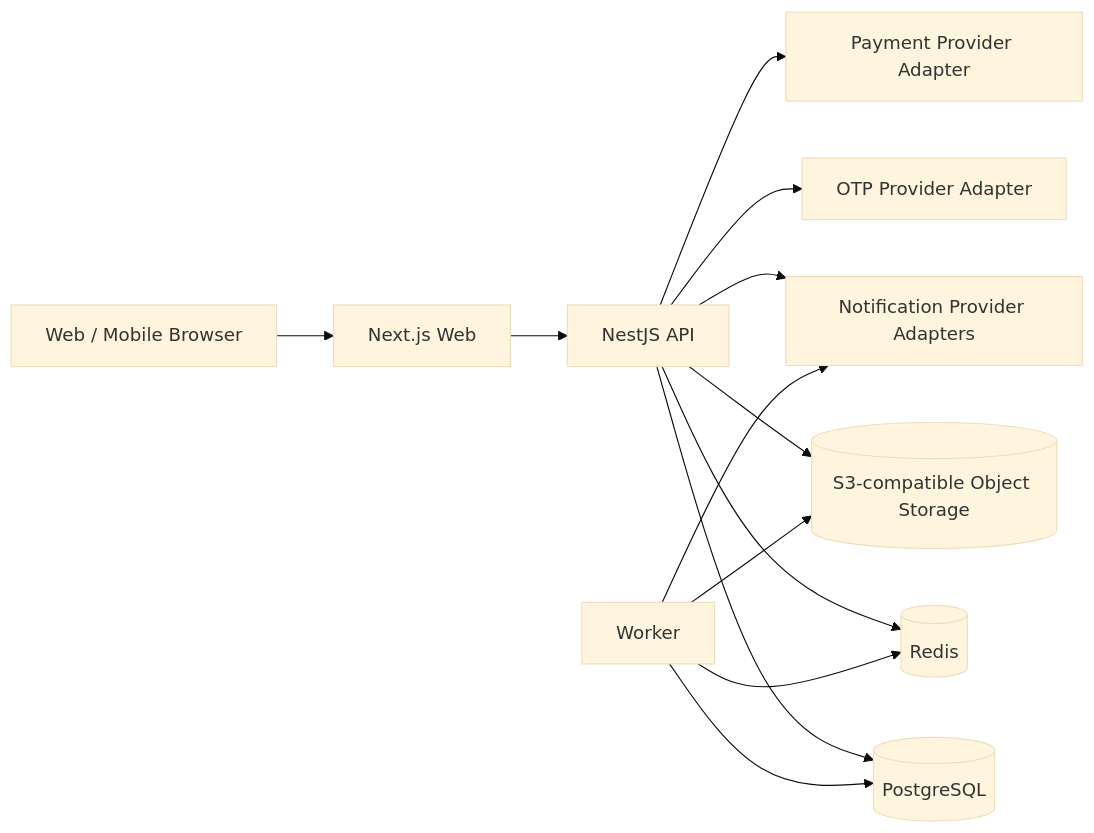
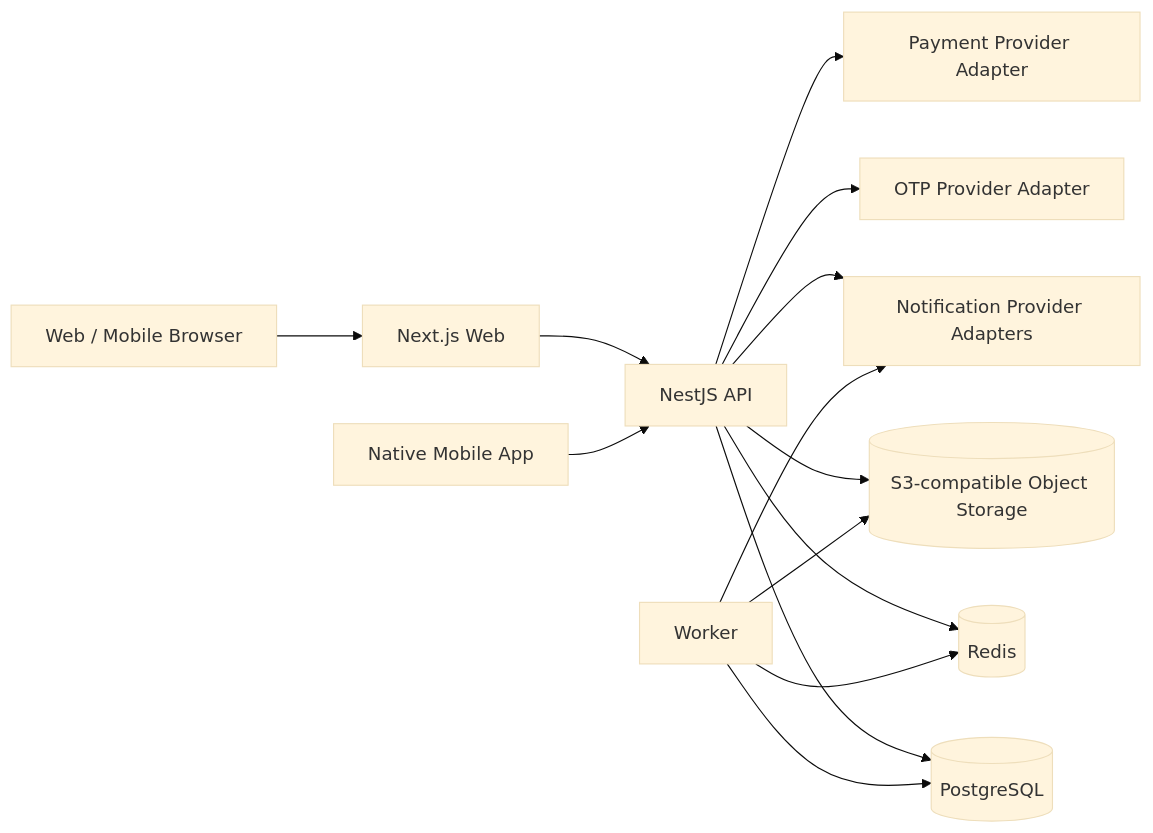
One commit to mahdimarzooghi4-debug/negarin-house changed the diagram in docs/architecture/phase-1-technical-architecture.md. Above: the diagram before and after it, drawn with Mermaid (base theme). The commit also changed other lines of this file and 5 other files, not shown here.

First line of the commit message:
docs: add Negarin mobile app to technical architecture (#21)

````diff
--- a/docs/architecture/phase-1-technical-architecture.md
+++ b/docs/architecture/phase-1-technical-architecture.md
@@ -132,26 +133,28 @@
 ```mermaid
 flowchart LR
     Browser[Web / Mobile Browser]
+    Mobile[Native Mobile App]
     Web[Next.js Web]
     API[NestJS API]
     Worker[Worker]
     PG[(PostgreSQL)]
     Redis[(Redis)]
     Obj[(S3-compatible Object Storage)]
     OTP[OTP Provider Adapter]
     Pay[Payment Provider Adapter]
     Msg[Notification Provider Adapters]
 
     Browser --> Web
     Web --> API
+    Mobile --> API
     API --> PG
     API --> Redis
     API --> Obj
     API --> OTP
     API --> Pay
     API --> Msg
     Worker --> PG
     Worker --> Redis
     Worker --> Obj
     Worker --> Msg
 ```
````
